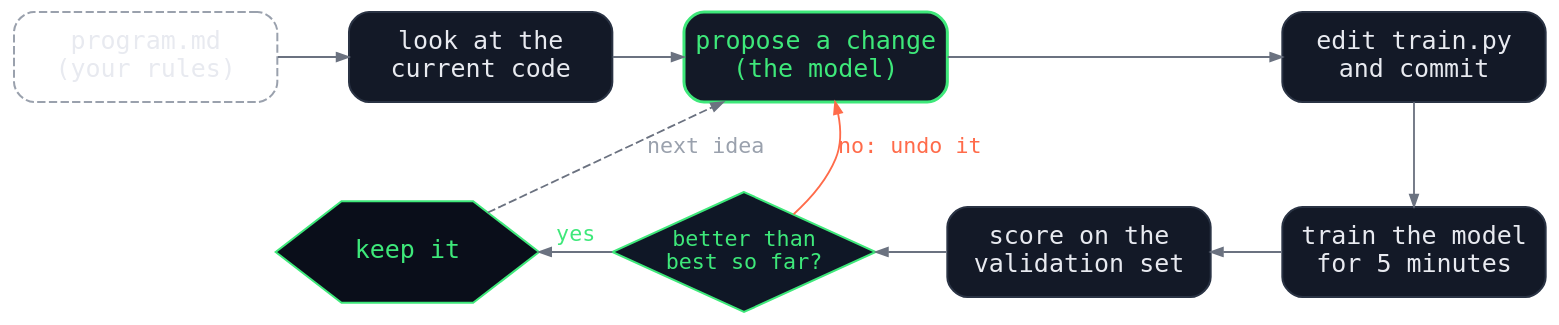
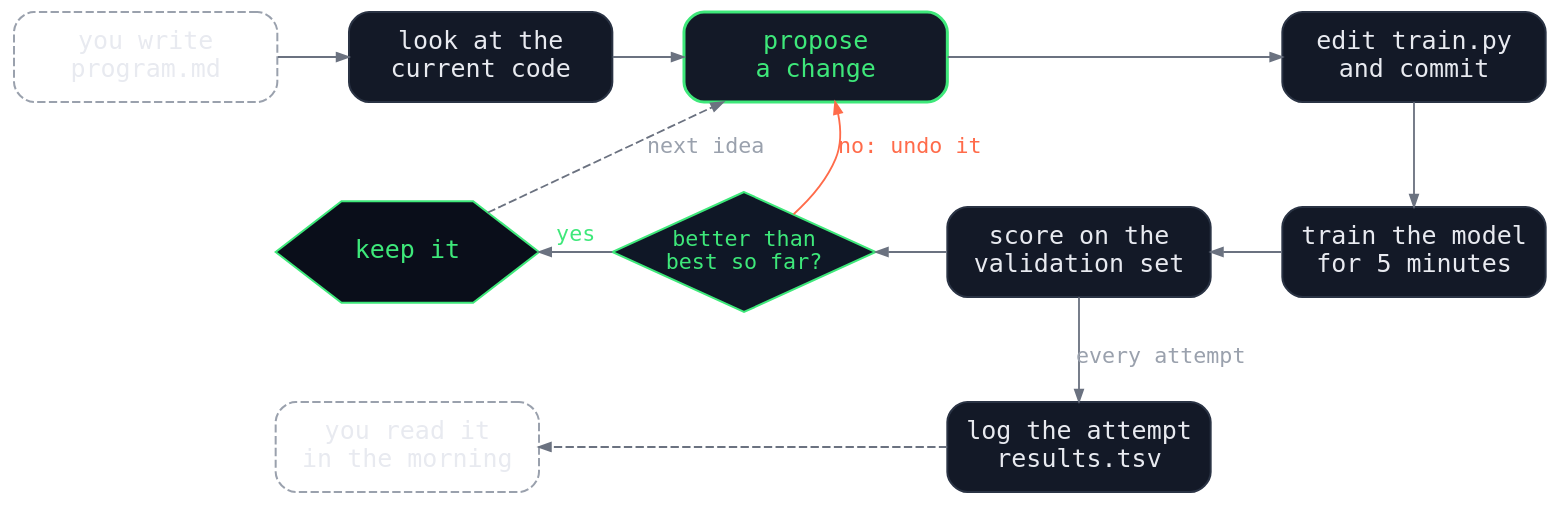
One commit to marketneutral/marketneutral.github.io changed the diagram in src/posts/ai-scientist/autoresearch-loop.dot. Above: the diagram before and after it, drawn with Graphviz. The commit also changed 2 other files, not shown here.

Commit message:
Add the log to the loop diagram and mark only the human's steps
Claude-Session: https://claude.ai/code/session_01Max3RMphtE2c6Ae5fz2Jar

```diff
--- a/src/posts/ai-scientist/autoresearch-loop.dot
+++ b/src/posts/ai-scientist/autoresearch-loop.dot
@@ -1,49 +1,60 @@
 // Source for autoresearch-loop.svg. Re-render with:
 //   dot -Tsvg autoresearch-loop.dot -o autoresearch-loop.svg
 // Deliberately mirrors scientific-method.dot: the same two-row layout, with
-// each step relabelled as the step autoresearch runs in its place.
+// each step relabelled as the step autoresearch runs in its place. A third
+// row adds the log. Every step is the agent's unless it says "you".
 digraph autoresearch {
   rankdir=TB;
   bgcolor="transparent";
   pad=0.25;
   nodesep=0.30;
   ranksep=0.55;
   fontname="IBM Plex Mono, Menlo, DejaVu Sans Mono, monospace";
   node [shape=box, style="rounded,filled", fillcolor="#131927", color="#2a3344",
         fontcolor="#e8eaf0", fontname="IBM Plex Mono, Menlo, DejaVu Sans Mono, monospace",
         fontsize=15, margin="0.10,0.14", penwidth=1.2, width=2.2, height=0.75, fixedsize=true];
   edge [color="#6b7280", arrowsize=0.7, penwidth=1.1,
         fontname="IBM Plex Mono, Menlo, DejaVu Sans Mono, monospace",
         fontsize=13, fontcolor="#9aa1ad"];
 
+  PM   [label="you write\nprogram.md", style="rounded,dashed", color="#9aa1ad"];
+  READ [label="look at the\ncurrent code"];
+  H    [label="propose\na change", color="#3ee87a", fontcolor="#3ee87a", penwidth=1.8];
+  P    [label="edit train.py\nand commit"];
+  T    [label="keep it", shape=hexagon, style="filled", fillcolor="#0a0e1a",
+        color="#3ee87a", fontcolor="#3ee87a", margin="0.04,0.02", width=2.2, height=0.85, fixedsize=true];
+  D    [shape=diamond, style="filled", fillcolor="#0f1726", color="#3ee87a",
+        fontcolor="#3ee87a", label="better than\nbest so far?", margin="0.04,0.02", fontsize=13, width=2.2, height=1.0, fixedsize=true];
+  R    [label="score on the\nvalidation set"];
+  X    [label="train the model\nfor 5 minutes"];
+  YOU  [label="you read it\nin the morning", style="rounded,dashed", color="#9aa1ad"];
+  LOG  [label="log the attempt\nresults.tsv"];
+
   { rank=same; PM; READ; H; P; }
   { rank=same; T; D; R; X; }
+  { rank=same; YOU; LOG; }
 
   // top row, left to right
   PM -> READ [constraint=false];
   READ -> H [constraint=false];
   H -> P [constraint=false];
 
   // carriage return
   P -> X;
 
   // bottom row, right to left
   X -> R [constraint=false];
   R -> D [constraint=false];
   D -> T [constraint=false, label="yes", fontcolor="#3ee87a"];
 
   // feedback
   T -> H [style=dashed, label="next idea", constraint=false, fontcolor="#9aa1ad"];
   D -> H [label="no: undo it", constraint=false, color="#ff6b4a", fontcolor="#ff6b4a"];
 
-  PM   [label="program.md\n(your rules)", style="rounded,dashed", color="#9aa1ad"];
-  READ [label="look at the\ncurrent code"];
-  H    [label="propose a change\n(the model)", color="#3ee87a", fontcolor="#3ee87a", penwidth=1.8];
-  P    [label="edit train.py\nand commit"];
-  X    [label="train the model\nfor 5 minutes"];
-  R    [label="score on the\nvalidation set"];
-  D    [shape=diamond, style="filled", fillcolor="#0f1726", color="#3ee87a",
-        fontcolor="#3ee87a", label="better than\nbest so far?", margin="0.04,0.02", fontsize=13, width=2.2, height=1.0, fixedsize=true];
-  T    [label="keep it", shape=hexagon, style="filled", fillcolor="#0a0e1a",
-        color="#3ee87a", fontcolor="#3ee87a", margin="0.04,0.02", width=2.2, height=0.85, fixedsize=true];
+  // third row: every attempt, kept or not, goes in the log
+  R -> LOG [label="every attempt"];
+  LOG -> YOU [constraint=false, style=dashed];
+
+  // keep the third row under the middle of the diagram
+  T -> YOU [style=invis];
 }
```
